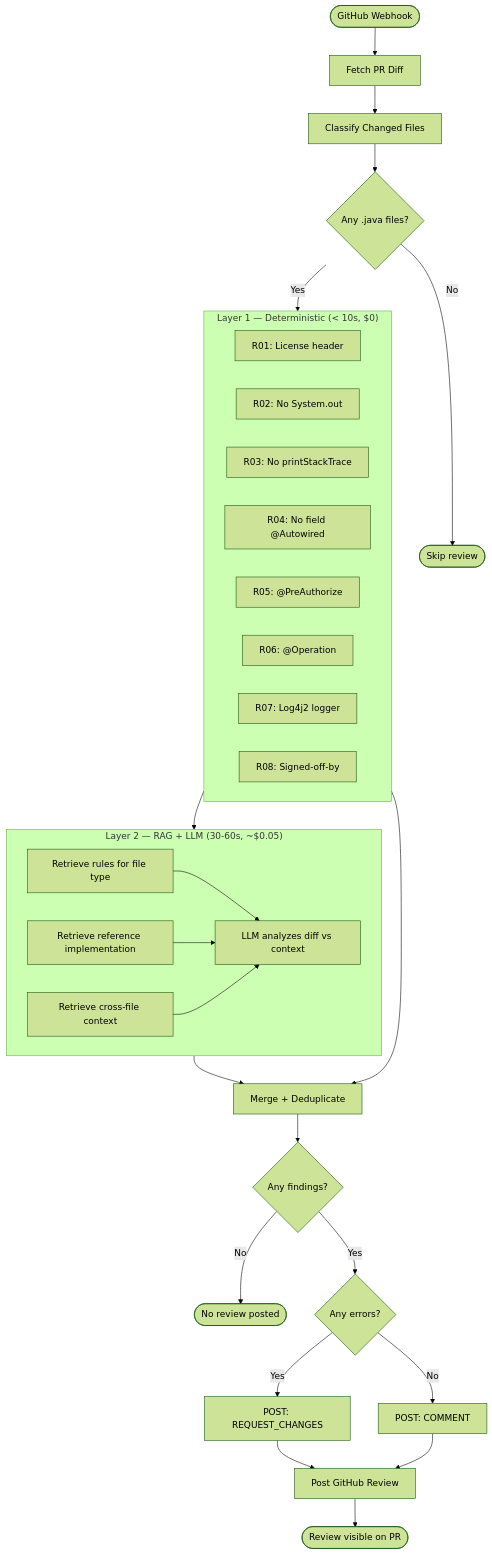
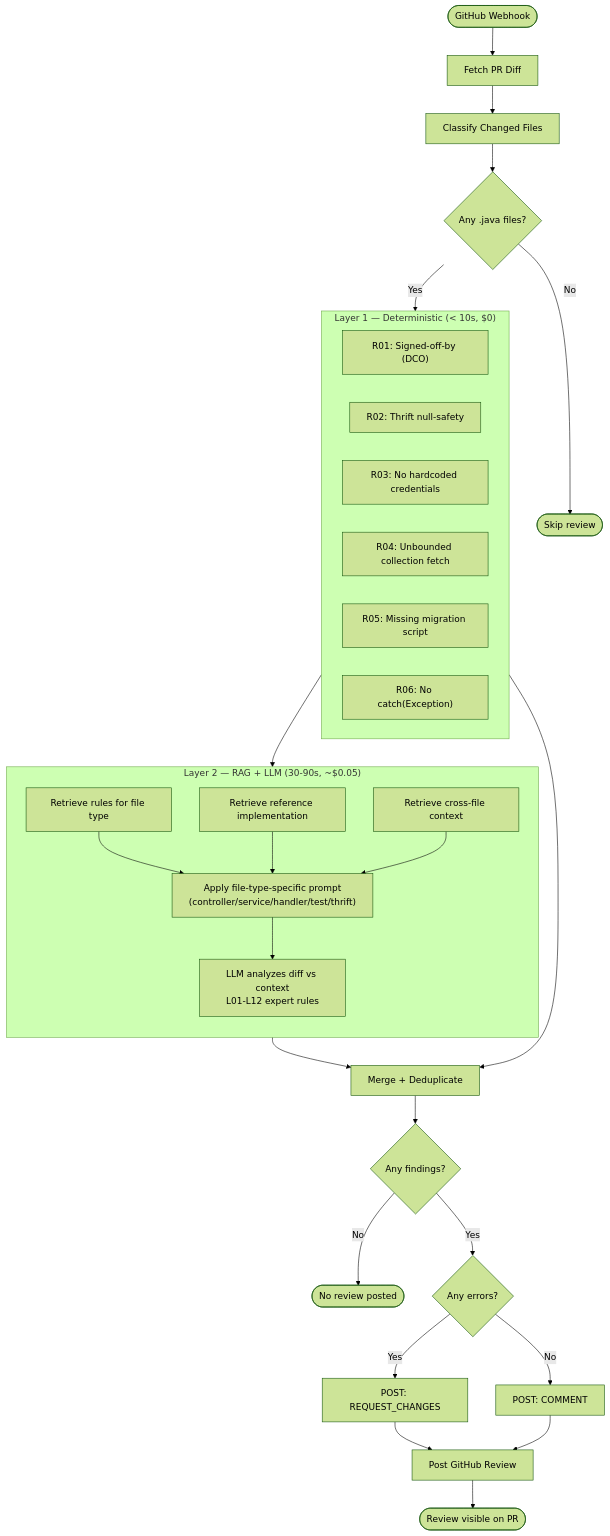
Before and after one commit to bibhuti230185/AI-learning: the fifth of 7 diagrams in pr_review_agent/sw360_review_agent/ARCHITECTURE.md, drawn with Mermaid (forest theme). The commit also changed 2 other files, not shown here.

Commit message:
docs(pr-review): update docs to reflect implemented rules
Update ARCHITECTURE.md, REVIEW_WORKFLOW.md, and PR_REVIEW_GUIDE.md:
- Layer 1: Replace old R01-R08 (duplicated ArchUnit) with new R01-R06
- Layer 2: Expand L01-L06 to L01-L12 with file-type-specific prompts
- Update tool map to reflect actual implementation modules
- Mark hackathon milestones 1-4,6 as completed

````diff
--- a/pr_review_agent/sw360_review_agent/ARCHITECTURE.md
+++ b/pr_review_agent/sw360_review_agent/ARCHITECTURE.md
@@ -123,46 +123,47 @@
 ```mermaid
 flowchart TD
     START([GitHub Webhook]) --> FETCH[Fetch PR Diff]
     FETCH --> CLASSIFY[Classify Changed Files]
     CLASSIFY --> JAVA{Any .java files?}
 
     JAVA -- No --> SKIP([Skip review])
     JAVA -- Yes --> LAYER1
 
     subgraph LAYER1["Layer 1 — Deterministic (< 10s, $0)"]
-        R01["R01: License header"]
-        R02["R02: No System.out"]
-        R03["R03: No printStackTrace"]
-        R04["R04: No field @Autowired"]
-        R05["R05: @PreAuthorize"]
-        R06["R06: @Operation"]
-        R07["R07: Log4j2 logger"]
-        R08["R08: Signed-off-by"]
+        R01["R01: Signed-off-by (DCO)"]
+        R02["R02: Thrift null-safety"]
+        R03["R03: No hardcoded credentials"]
+        R04["R04: Unbounded collection fetch"]
+        R05["R05: Missing migration script"]
+        R06["R06: No catch(Exception)"]
     end
 
     LAYER1 --> LAYER2
 
-    subgraph LAYER2["Layer 2 — RAG + LLM (30-60s, ~$0.05)"]
+    subgraph LAYER2["Layer 2 — RAG + LLM (30-90s, ~$0.05)"]
+        direction TB
         RAG1["Retrieve rules for file type"]
         RAG2["Retrieve reference implementation"]
         RAG3["Retrieve cross-file context"]
-        ANALYZE["LLM analyzes diff vs context"]
-        RAG1 --> ANALYZE
-        RAG2 --> ANALYZE
-        RAG3 --> ANALYZE
+        FOCUS["Apply file-type-specific prompt<br/>(controller/service/handler/test/thrift)"]
+        ANALYZE["LLM analyzes diff vs context<br/>L01-L12 expert rules"]
+        RAG1 --> FOCUS
+        RAG2 --> FOCUS
+        RAG3 --> FOCUS
+        FOCUS --> ANALYZE
     end
 
     LAYER2 --> MERGE[Merge + Deduplicate]
     LAYER1 --> MERGE
 
     MERGE --> FINDINGS{Any findings?}
     FINDINGS -- No --> DONE([No review posted])
     FINDINGS -- Yes --> ERRORS{Any errors?}
 
     ERRORS -- Yes --> RC["POST: REQUEST_CHANGES"]
     ERRORS -- No --> CM["POST: COMMENT"]
 
     RC --> POST[Post GitHub Review]
     CM --> POST
     POST --> DONE2([Review visible on PR])
 ```
````
